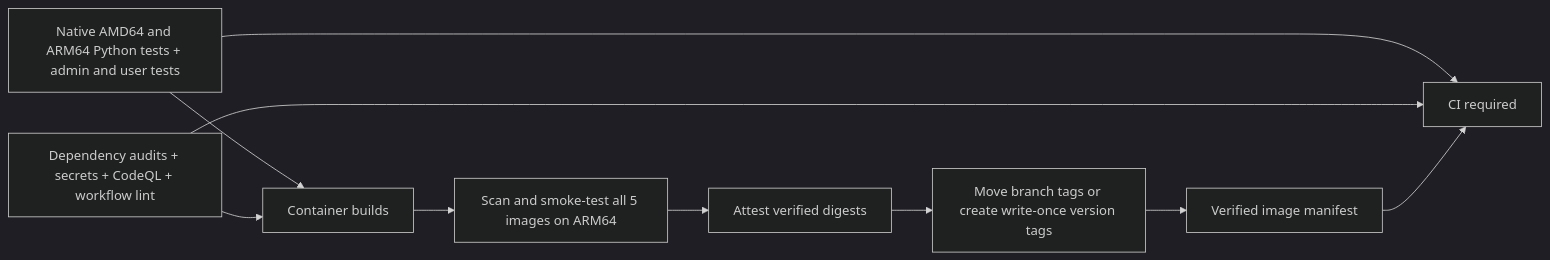
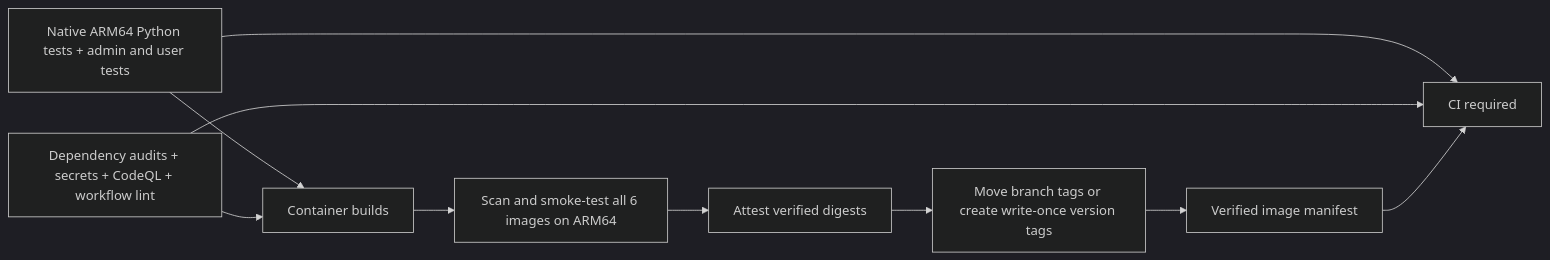
One commit to abhi1693/devfeed.tech changed the diagram in docs/ci.md. Above: the diagram before and after it, drawn with Mermaid (dark theme). The commit also changed other lines of this file and 2 other files, not shown here.

First line of the commit message:
Make admin authorization tests independent of local configuration

````diff
--- a/docs/ci.md
+++ b/docs/ci.md
@@ -7,12 +7,12 @@
 ```mermaid
 flowchart LR
-  T[Native AMD64 and ARM64 Python tests + admin and user tests] --> B[Container builds]
+  T[Native ARM64 Python tests + admin and user tests] --> B[Container builds]
   S[Dependency audits + secrets + CodeQL + workflow lint] --> B
-  B --> V[Scan and smoke-test all 5 images on ARM64]
+  B --> V[Scan and smoke-test all 6 images on ARM64]
   V --> A[Attest verified digests]
   A --> P[Move branch tags or create write-once version tags]
   P --> M[Verified image manifest]
   T --> R[CI required]
   S --> R
   M --> R
 ```
````
